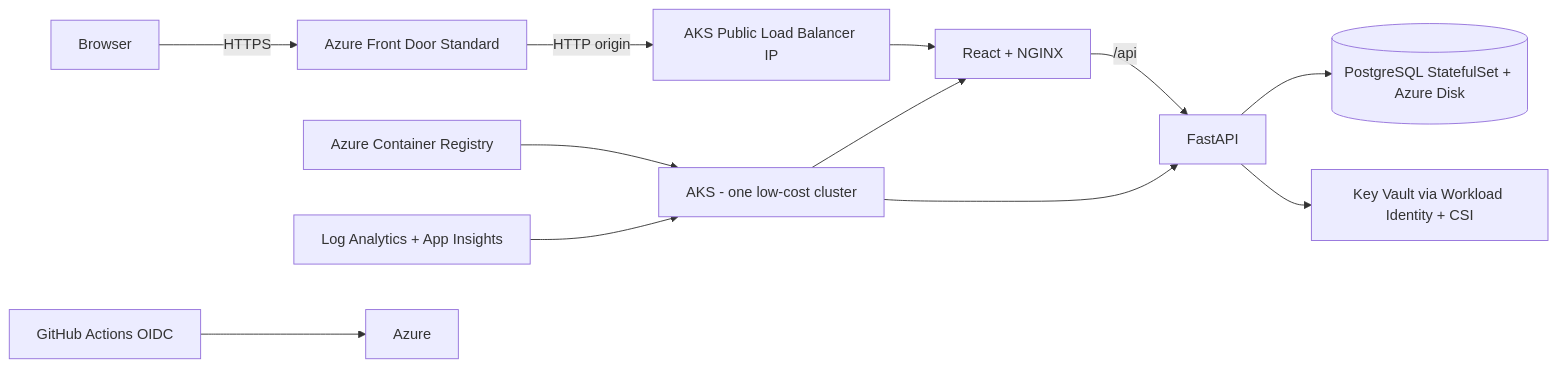
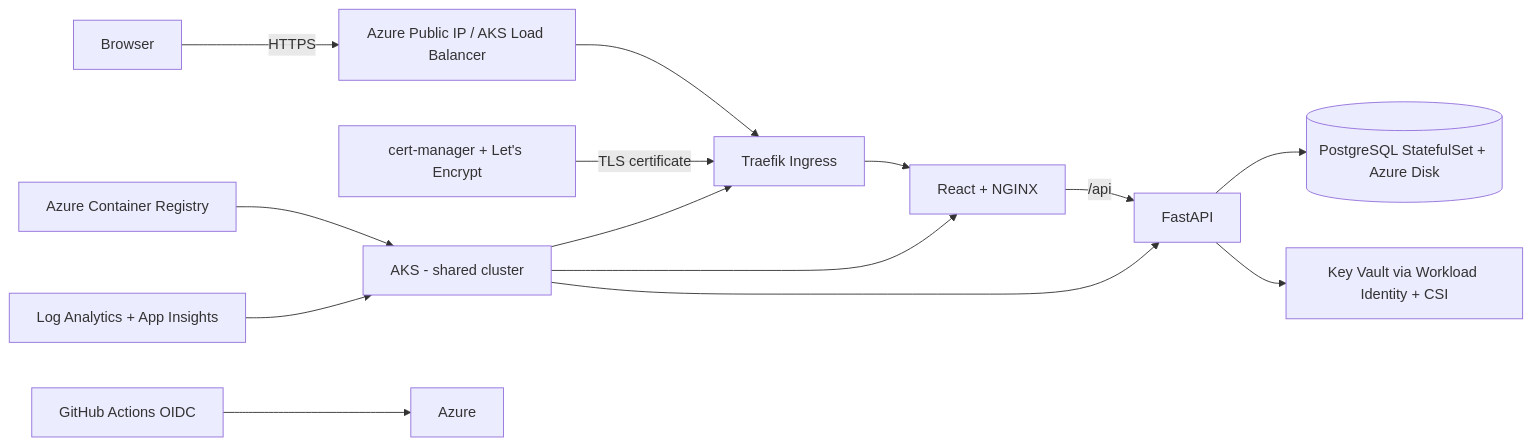
One commit to Fadi-Bedrossian/quiz_app changed the diagram in README.md. Above: the diagram before and after it, drawn with Mermaid. The commit also changed other lines of this file, not shown here.

Commit message:
docs: replace Front Door with free AKS HTTPS path

````diff
--- a/README.md
+++ b/README.md
@@ -7,14 +7,16 @@
 ```mermaid
 flowchart LR
-  U[Browser] -->|HTTPS| AFD[Azure Front Door Standard]
-  AFD -->|HTTP origin| LB[AKS Public Load Balancer IP]
-  LB --> FE[React + NGINX]
+  U[Browser] -->|HTTPS| LB[Azure Public IP / AKS Load Balancer]
+  LB --> TR[Traefik Ingress]
+  CM[cert-manager + Let's Encrypt] -->|TLS certificate| TR
+  TR --> FE[React + NGINX]
   FE -->|/api| API[FastAPI]
   API --> PG[(PostgreSQL StatefulSet + Azure Disk)]
   API --> KV[Key Vault via Workload Identity + CSI]
-  AKS[AKS - one low-cost cluster] --> FE
+  AKS[AKS - shared cluster] --> TR
+  AKS --> FE
   AKS --> API
   ACR[Azure Container Registry] --> AKS
   MON[Log Analytics + App Insights] --> AKS
   GH[GitHub Actions OIDC] --> AZ[Azure]
 ```
````
